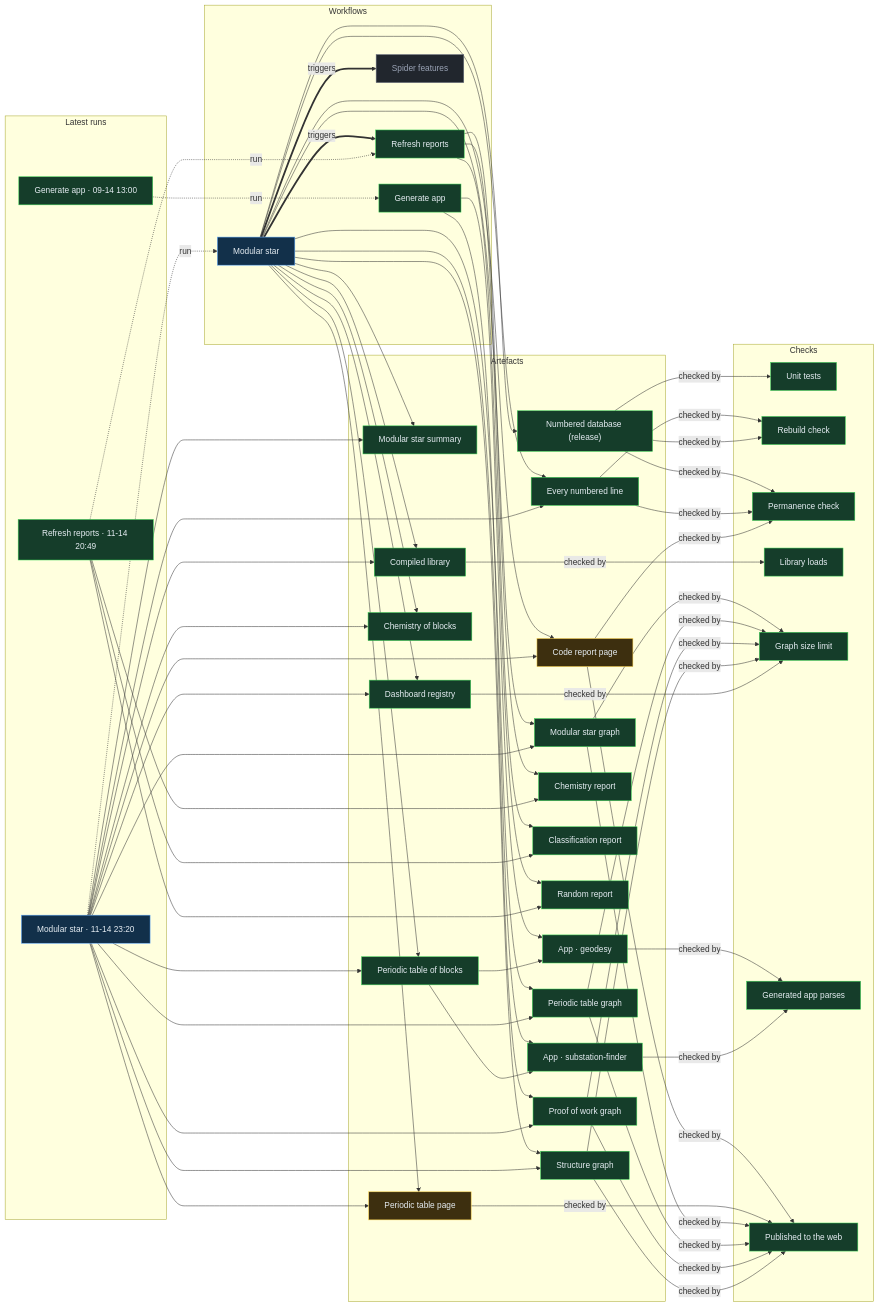
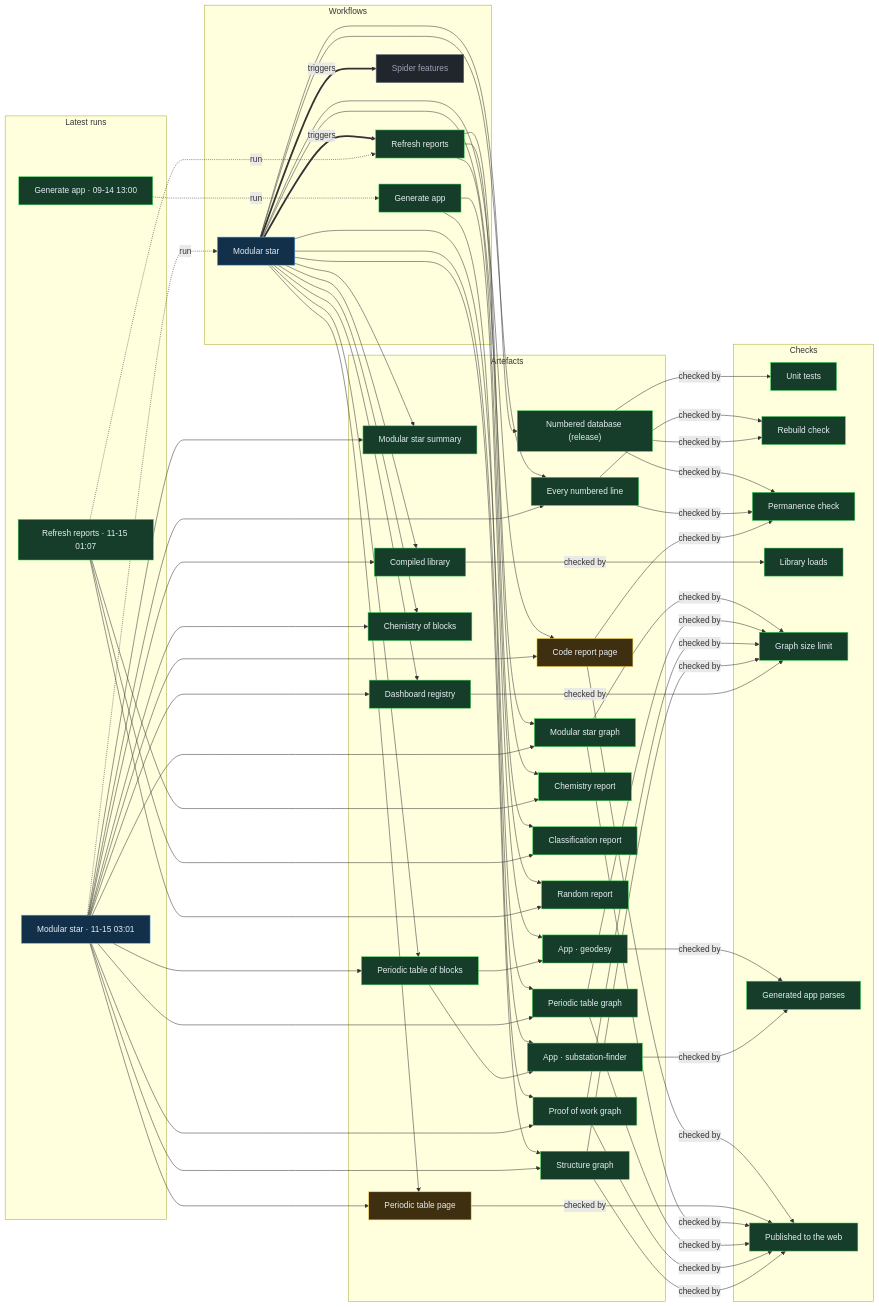
Before and after one commit to Ventusltd/stars: the diagram in proof/PROOF.md, drawn with Mermaid. The commit also changed other lines of this file and 33 other files, not shown here.

Commit message:
Modular star 2026-11-15T03:03Z

```diff
--- a/proof/PROOF.md
+++ b/proof/PROOF.md
@@ -24,8 +24,8 @@
   n_wf_spider_features["Spider features"]:::off
   end
   subgraph g_runs["Latest runs"]
-  n_run_43652724548["Modular star · 11-14 23:20"]:::live
-  n_run_43639484067["Refresh reports · 11-14 20:49"]:::ok
+  n_run_43670440907["Modular star · 11-15 03:01"]:::live
+  n_run_43661583339["Refresh reports · 11-15 01:07"]:::ok
   n_run_34846587798["Generate app · 09-14 13:00"]:::ok
   end
   subgraph g_artefacts["Artefacts"]
@@ -59,39 +59,39 @@
   end
   n_wf_modular_star == triggers ==> n_wf_refresh
   n_wf_modular_star == triggers ==> n_wf_spider_features
-  n_run_43652724548 -. run .-> n_wf_modular_star
-  n_run_43639484067 -. run .-> n_wf_refresh
+  n_run_43670440907 -. run .-> n_wf_modular_star
+  n_run_43661583339 -. run .-> n_wf_refresh
   n_run_34846587798 -. run .-> n_wf_generate
   n_wf_modular_star --> n_art_summary
-  n_run_43652724548 --> n_art_summary
+  n_run_43670440907 --> n_art_summary
   n_wf_modular_star --> n_art_lines
-  n_run_43652724548 --> n_art_lines
+  n_run_43670440907 --> n_art_lines
   n_wf_modular_star --> n_art_code
-  n_run_43652724548 --> n_art_code
+  n_run_43670440907 --> n_art_code
   n_wf_modular_star --> n_art_modular_graph
-  n_run_43652724548 --> n_art_modular_graph
+  n_run_43670440907 --> n_art_modular_graph
   n_wf_modular_star --> n_art_blocks
-  n_run_43652724548 --> n_art_blocks
+  n_run_43670440907 --> n_art_blocks
   n_wf_modular_star --> n_art_table
-  n_run_43652724548 --> n_art_table
+  n_run_43670440907 --> n_art_table
   n_wf_modular_star --> n_art_blocks_graph
-  n_run_43652724548 --> n_art_blocks_graph
+  n_run_43670440907 --> n_art_blocks_graph
   n_wf_modular_star --> n_art_reactions
-  n_run_43652724548 --> n_art_reactions
+  n_run_43670440907 --> n_art_reactions
   n_wf_modular_star --> n_art_library
-  n_run_43652724548 --> n_art_library
+  n_run_43670440907 --> n_art_library
   n_wf_modular_star --> n_art_features
-  n_run_43652724548 --> n_art_features
+  n_run_43670440907 --> n_art_features
   n_wf_modular_star --> n_art_proof
-  n_run_43652724548 --> n_art_proof
+  n_run_43670440907 --> n_art_proof
   n_wf_modular_star --> n_art_structure
-  n_run_43652724548 --> n_art_structure
+  n_run_43670440907 --> n_art_structure
   n_wf_refresh --> n_art_chemistry
-  n_run_43639484067 --> n_art_chemistry
+  n_run_43661583339 --> n_art_chemistry
   n_wf_refresh --> n_art_vedic
-  n_run_43639484067 --> n_art_vedic
+  n_run_43661583339 --> n_art_vedic
   n_wf_refresh --> n_art_random
-  n_run_43639484067 --> n_art_random
+  n_run_43661583339 --> n_art_random
   n_wf_modular_star --> n_art_release
   n_wf_generate --> n_app_geodesy
   n_art_blocks --> n_app_geodesy
```
